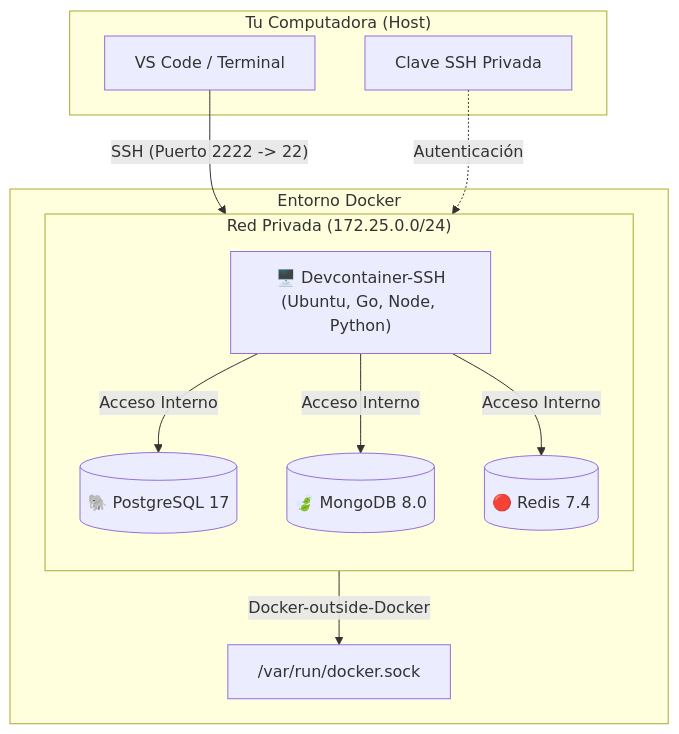
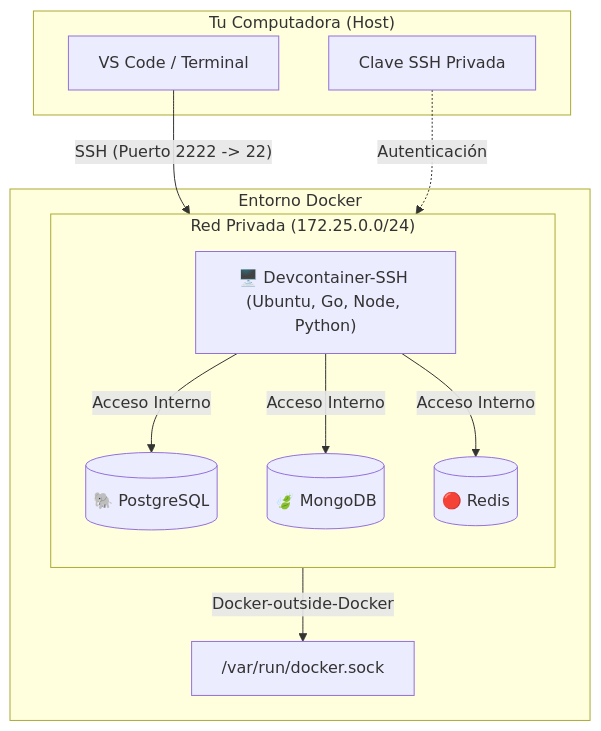
One commit to Joacohbc/my-devcontainer-installer changed the first of 4 diagrams in README.md. Above: the diagram before and after it, drawn with Mermaid.

Commit message:
Update service names in architecture diagram for clarity

````diff
--- a/README.md
+++ b/README.md
@@ -11,30 +11,30 @@
 ```mermaid
 graph TD
     subgraph Host["Tu Computadora (Host)"]
         VSCode["VS Code / Terminal"]
         SSHKey["Clave SSH Privada"]
     end
 
     subgraph DockerEnv["Entorno Docker"]
         
         subgraph Services["Red Privada (172.25.0.0/24)"]
             direction TB
-            DevContainer["🖥️ Devcontainer-SSH\n(Ubuntu, Go, Node, Python)"]
-            Postgres[("🐘 PostgreSQL 17")]
-            Mongo[("🍃 MongoDB 8.0")]
-            Redis[("🔴 Redis 7.4")]
+            DevContainer["🖥️ Devcontainer-SSH (Ubuntu, Go, Node, Python)"]
+            Postgres[("🐘 PostgreSQL")]
+            Mongo[("🍃 MongoDB")]
+            Redis[("🔴 Redis")]
         end
 
         DockerSock["/var/run/docker.sock"]
     end
 
     %% Conexiones
     VSCode -- "SSH (Puerto 2222 -> 22)" --> DevContainer
     SSHKey -. "Autenticación" .-> DevContainer
     
     DevContainer -- "Acceso Interno" --> Postgres
     DevContainer -- "Acceso Interno" --> Mongo
     DevContainer -- "Acceso Interno" --> Redis
     
     DevContainer -- "Docker-outside-Docker" --> DockerSock
 ```
````
